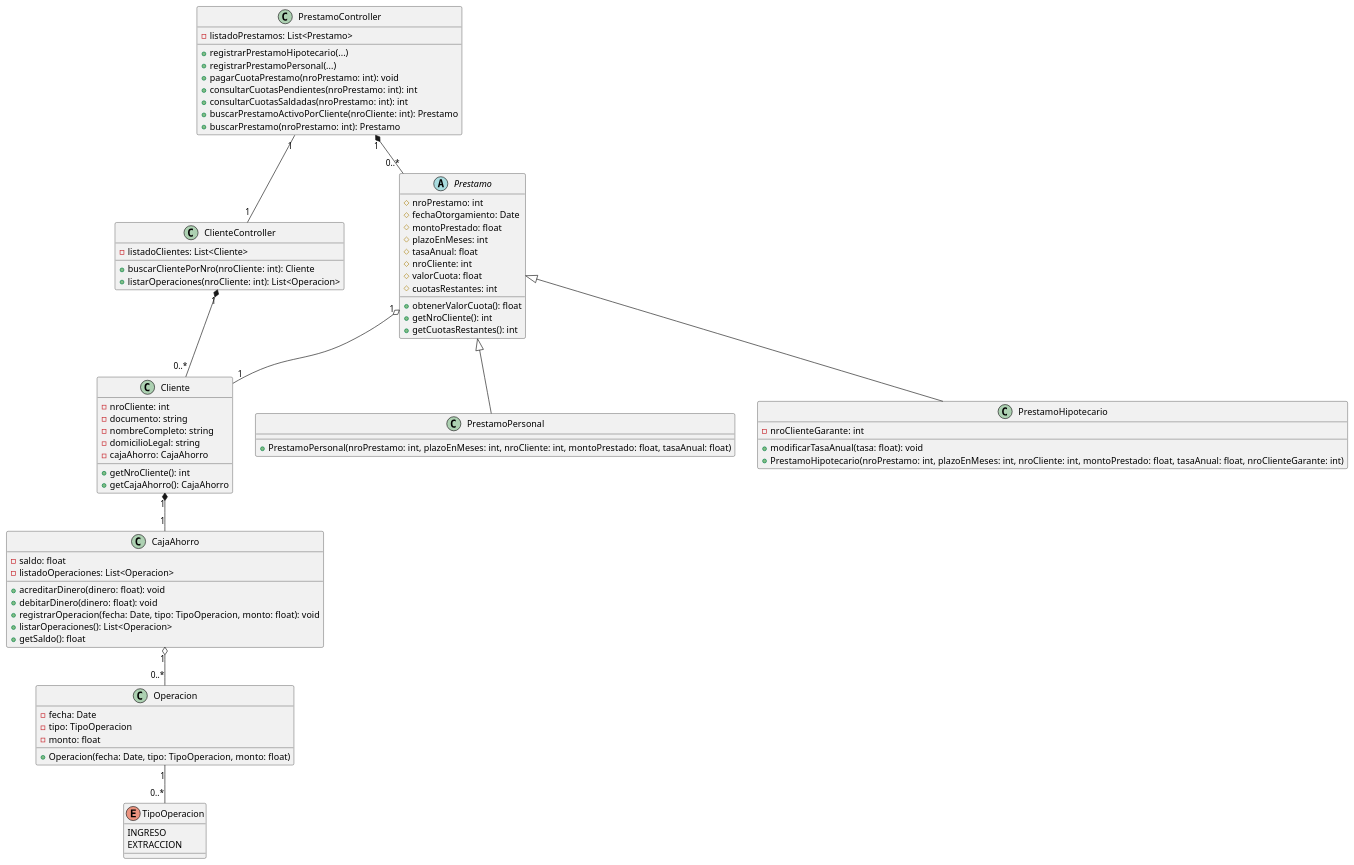
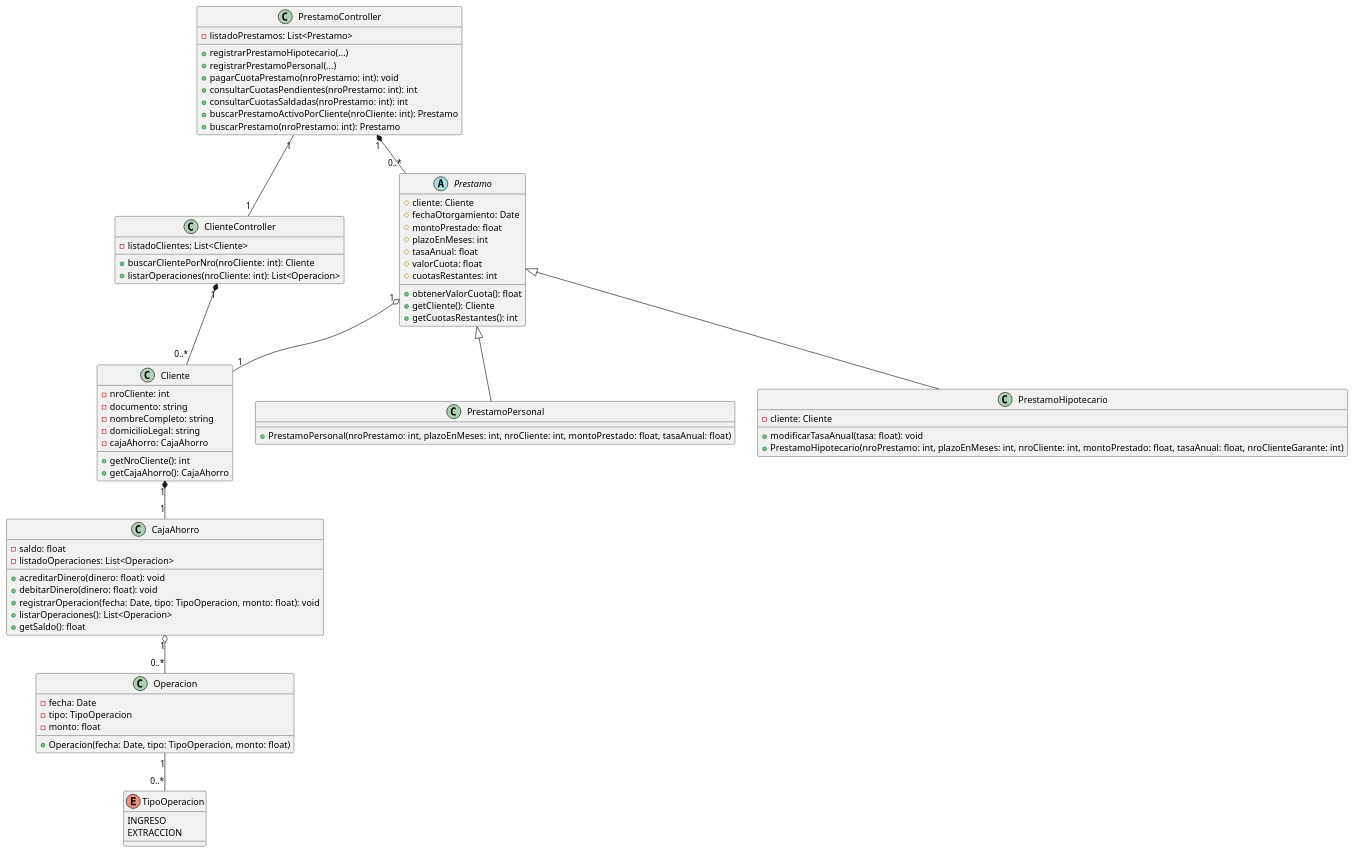
Before and after one commit to CoachEmilio/FinalAdelantadoPOO: the diagram in src/main/java/org/uade/diagrams/DiagramaClasesPrestamos.puml, drawn with PlantUML. The commit also changed 2 other files, not shown here.

Commit message:
Update Operacion y PrestamoController feedback Zoe

```diff
--- a/src/main/java/org/uade/diagrams/DiagramaClasesPrestamos.puml
+++ b/src/main/java/org/uade/diagrams/DiagramaClasesPrestamos.puml
@@ -1,89 +1,88 @@
 @startuml
 ' Diagrama de clases - Banco Gestión de Préstamos (ajustado según tus indicaciones)
 
 class Cliente {
   -nroCliente: int
   -documento: string
   -nombreCompleto: string
   -domicilioLegal: string
   -cajaAhorro: CajaAhorro
   +getNroCliente(): int
   +getCajaAhorro(): CajaAhorro
 }
 
 class CajaAhorro {
   -saldo: float
   -listadoOperaciones: List<Operacion>
   +acreditarDinero(dinero: float): void
   +debitarDinero(dinero: float): void
   +registrarOperacion(fecha: Date, tipo: TipoOperacion, monto: float): void
   +listarOperaciones(): List<Operacion>
   +getSaldo(): float
 }
 
 class Operacion {
   -fecha: Date
   -tipo: TipoOperacion
   -monto: float
   +Operacion(fecha: Date, tipo: TipoOperacion, monto: float)
 }
 
 enum TipoOperacion {
   INGRESO
   EXTRACCION
 }
 
 abstract class Prestamo {
-  #nroPrestamo: int
+  #cliente: Cliente
   #fechaOtorgamiento: Date
   #montoPrestado: float
   #plazoEnMeses: int
   #tasaAnual: float
-  #nroCliente: int
   #valorCuota: float
   #cuotasRestantes: int
   +obtenerValorCuota(): float
-  +getNroCliente(): int
+  +getCliente(): Cliente
   +getCuotasRestantes(): int
 }
 
 class PrestamoPersonal {
   +PrestamoPersonal(nroPrestamo: int, plazoEnMeses: int, nroCliente: int, montoPrestado: float, tasaAnual: float)
 }
 
 class PrestamoHipotecario {
-  -nroClienteGarante: int
+  -cliente: Cliente
   +modificarTasaAnual(tasa: float): void
   +PrestamoHipotecario(nroPrestamo: int, plazoEnMeses: int, nroCliente: int, montoPrestado: float, tasaAnual: float, nroClienteGarante: int)
 }
 
 class ClienteController {
   -listadoClientes: List<Cliente>
   +buscarClientePorNro(nroCliente: int): Cliente
   +listarOperaciones(nroCliente: int): List<Operacion>
 }
 
 class PrestamoController {
   -listadoPrestamos: List<Prestamo>
   +registrarPrestamoHipotecario(...)
   +registrarPrestamoPersonal(...)
   +pagarCuotaPrestamo(nroPrestamo: int): void
   +consultarCuotasPendientes(nroPrestamo: int): int
   +consultarCuotasSaldadas(nroPrestamo: int): int
   +buscarPrestamoActivoPorCliente(nroCliente: int): Prestamo
   +buscarPrestamo(nroPrestamo: int): Prestamo
 }
 
 ' Relaciones ajustadas
 ClienteController "1" *-- "0..*" Cliente
 PrestamoController "1" *-- "0..*" Prestamo
 PrestamoController "1" -- "1" ClienteController
 Prestamo "1" o-- "1" Cliente
 Prestamo <|-- PrestamoPersonal
 Prestamo <|-- PrestamoHipotecario
 CajaAhorro "1" o-- "0..*" Operacion
 Cliente "1" *-- "1" CajaAhorro
 Operacion "1" -- "0..*" TipoOperacion
 
 
 @enduml
```
